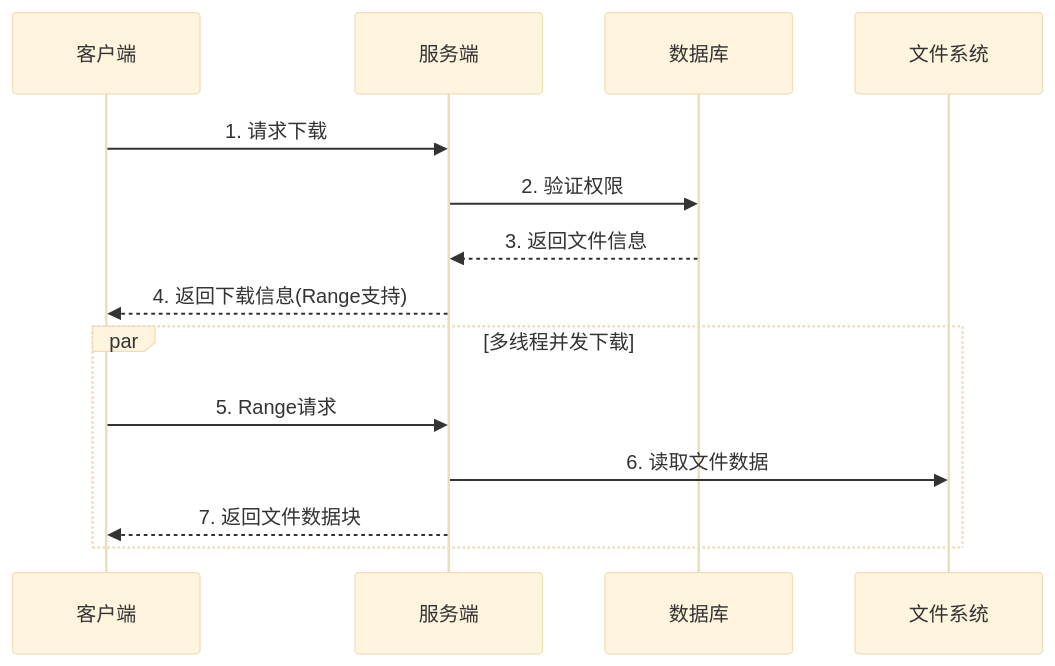
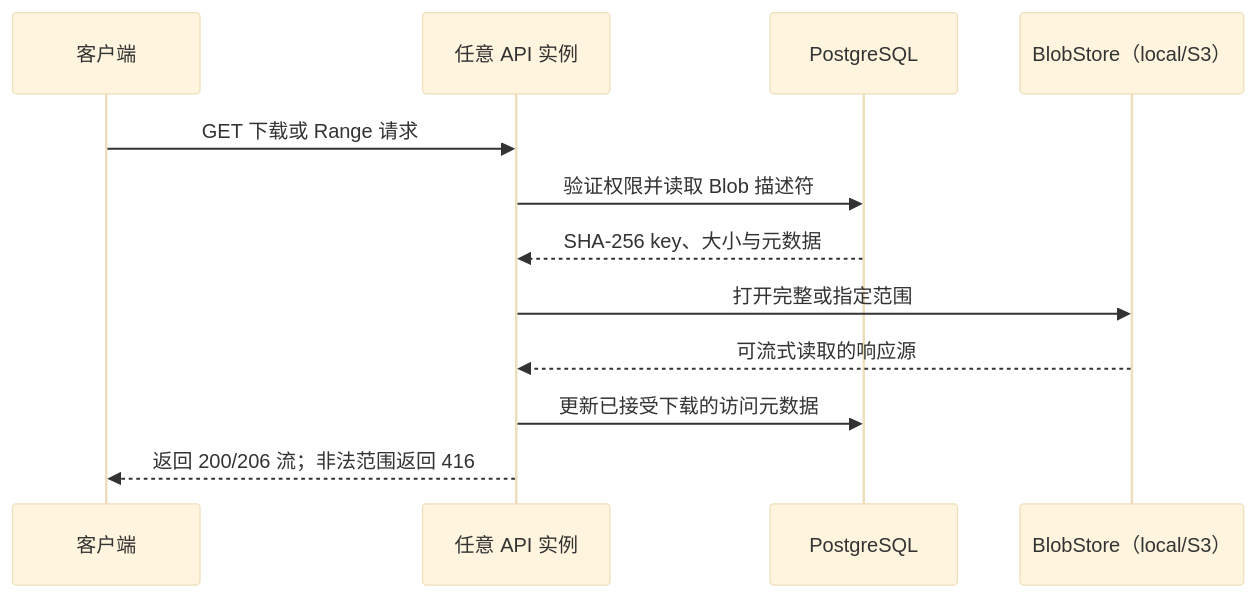
The fifth of 6 diagrams in docs/design/00-系统概述.md (yizhinailong/disk), drawn with Mermaid (base theme) before and after one commit. The commit also changed other lines of this file and 5 other files, not shown here.

First line of the commit message:
docs(architecture): align distributed flows

````diff
--- a/docs/design/00-系统概述.md
+++ b/docs/design/00-系统概述.md
@@ -299,18 +297,15 @@
 ```mermaid
 sequenceDiagram
     participant Client as 客户端
-    participant Server as 服务端
-    participant DB as 数据库
-    participant FS as 文件系统
+    participant API as 任意 API 实例
+    participant DB as PostgreSQL
+    participant Blob as BlobStore（local/S3）
 
-    Client->>Server: 1. 请求下载
-    Server->>DB: 2. 验证权限
-    DB-->>Server: 3. 返回文件信息
-    Server-->>Client: 4. 返回下载信息(Range支持)
-
-    par 多线程并发下载
-        Client->>Server: 5. Range请求
-        Server->>FS: 6. 读取文件数据
-        Server-->>Client: 7. 返回文件数据块
-    end
+    Client->>API: GET 下载或 Range 请求
+    API->>DB: 验证权限并读取 Blob 描述符
+    DB-->>API: SHA-256 key、大小与元数据
+    API->>Blob: 打开完整或指定范围
+    Blob-->>API: 可流式读取的响应源
+    API->>DB: 更新已接受下载的访问元数据
+    API-->>Client: 返回 200/206 流；非法范围返回 416
 ```
````
